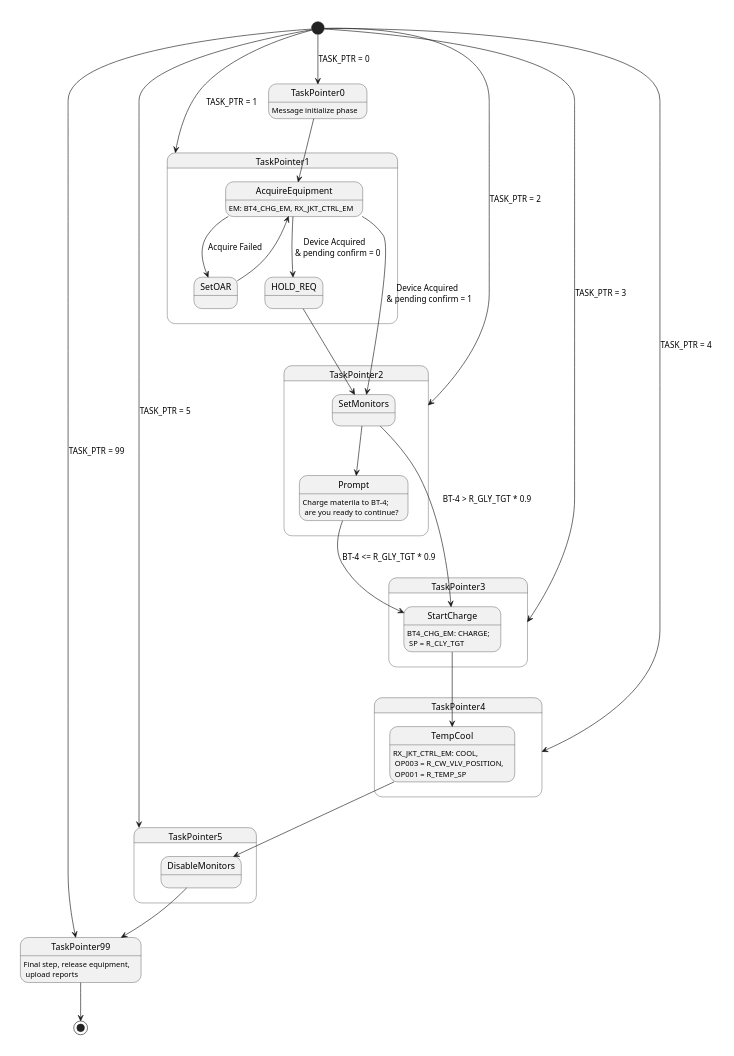
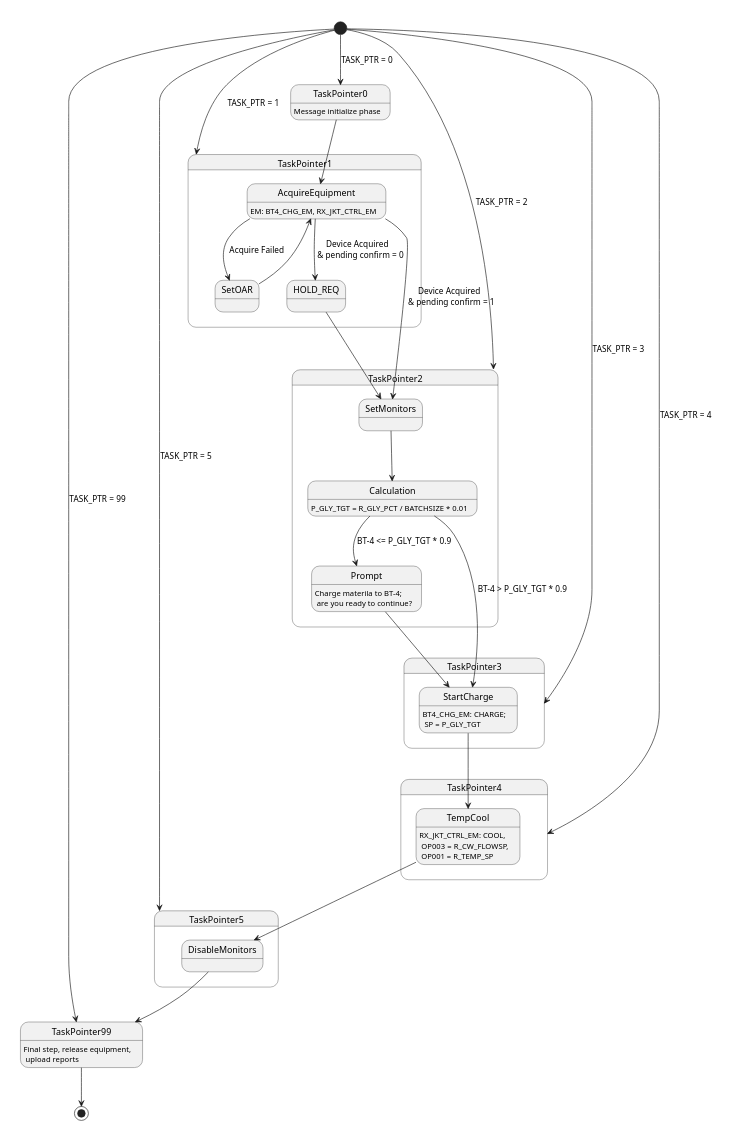
Before and after one commit to mekcrab/Solvay_test: the diagram in TESTSPEC_VPENG/PH_AL_GLY.puml, drawn with PlantUML.

Commit message:
Made P_GLY_TGT to be calculated by percentage of batchsize

```diff
--- a/TESTSPEC_VPENG/PH_AL_GLY.puml
+++ b/TESTSPEC_VPENG/PH_AL_GLY.puml
@@ -1,59 +1,62 @@
 @startuml
 scale 350 width
 [*] --> TaskPointer0: TASK_PTR = 0
 [*] --> TaskPointer1: TASK_PTR = 1
 [*] --> TaskPointer2: TASK_PTR = 2
 [*] --> TaskPointer3: TASK_PTR = 3
 [*] --> TaskPointer4: TASK_PTR = 4
 [*] --> TaskPointer5: TASK_PTR = 5
 [*] --> TaskPointer99: TASK_PTR = 99
 
 TaskPointer0: Message initialize phase
 
 state TaskPointer1 {
 
 TaskPointer0 --> AcquireEquipment
 
 AcquireEquipment --> SetOAR: Acquire Failed
 AcquireEquipment: EM: BT4_CHG_EM, RX_JKT_CTRL_EM
 SetOAR --> AcquireEquipment
 AcquireEquipment --> HOLD_REQ: Device Acquired  \n & pending confirm = 0
 
 }
 
 state TaskPointer2 {
 AcquireEquipment --> SetMonitors: Device Acquired \n & pending confirm = 1
 HOLD_REQ --> SetMonitors
 
-SetMonitors --> Prompt
+SetMonitors --> Calculation
+Calculation --> Prompt: BT-4 <= P_GLY_TGT * 0.9
+Calculation: P_GLY_TGT = R_GLY_PCT / BATCHSIZE * 0.01
+
 Prompt: Charge materila to BT-4; \n are you ready to continue?
 
 }
 
 state TaskPointer3 {
 
-SetMonitors --> StartCharge: BT-4 > R_GLY_TGT * 0.9
-Prompt --> StartCharge: BT-4 <= R_GLY_TGT * 0.9
-StartCharge: BT4_CHG_EM: CHARGE; \n SP = R_CLY_TGT
+Calculation --> StartCharge: BT-4 > P_GLY_TGT * 0.9
+Prompt --> StartCharge
+StartCharge: BT4_CHG_EM: CHARGE; \n SP = P_GLY_TGT
 
 }
 
 state TaskPointer4 {
 
 StartCharge --> TempCool
-TempCool: RX_JKT_CTRL_EM: COOL, \n OP003 = R_CW_VLV_POSITION, \n OP001 = R_TEMP_SP
+TempCool: RX_JKT_CTRL_EM: COOL, \n OP003 = R_CW_FLOWSP, \n OP001 = R_TEMP_SP
 
 }
 
 state TaskPointer5 {
 
 TempCool --> DisableMonitors
 
 }
 
 DisableMonitors --> TaskPointer99
 TaskPointer99: Final step, release equipment, \n upload reports
 
 TaskPointer99 --> [*]
 
 @enduml
```
